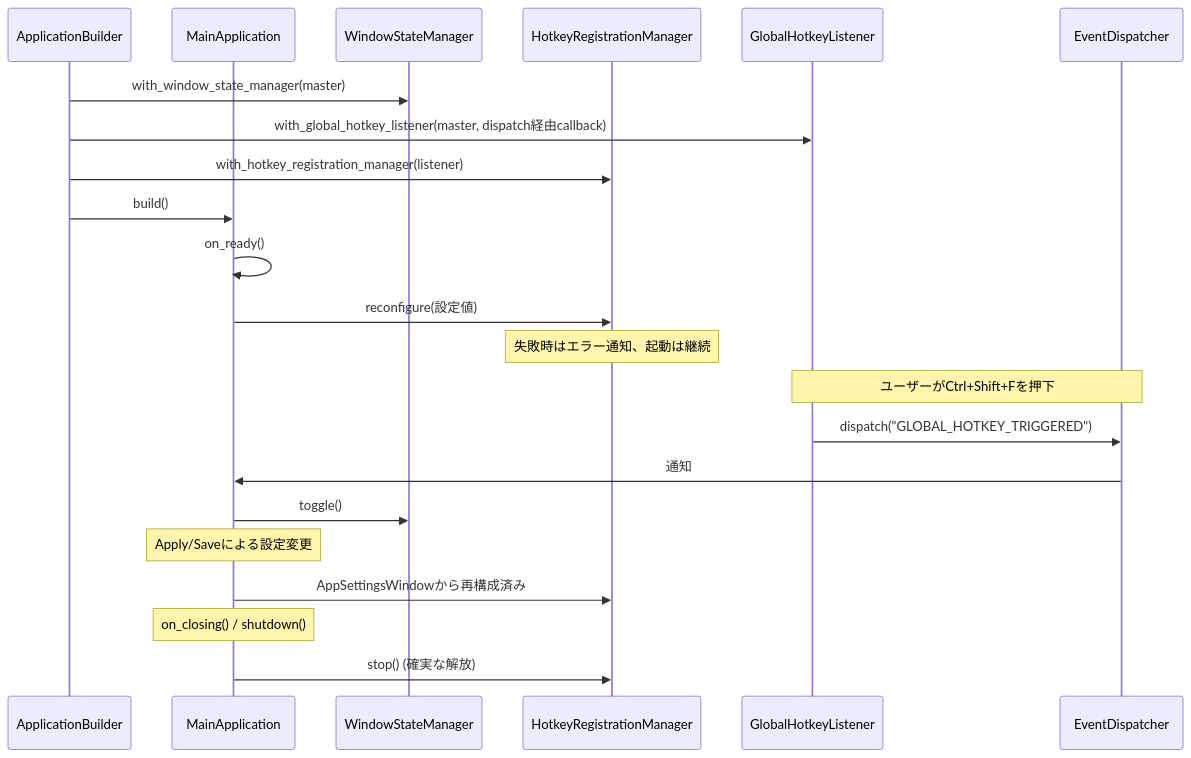
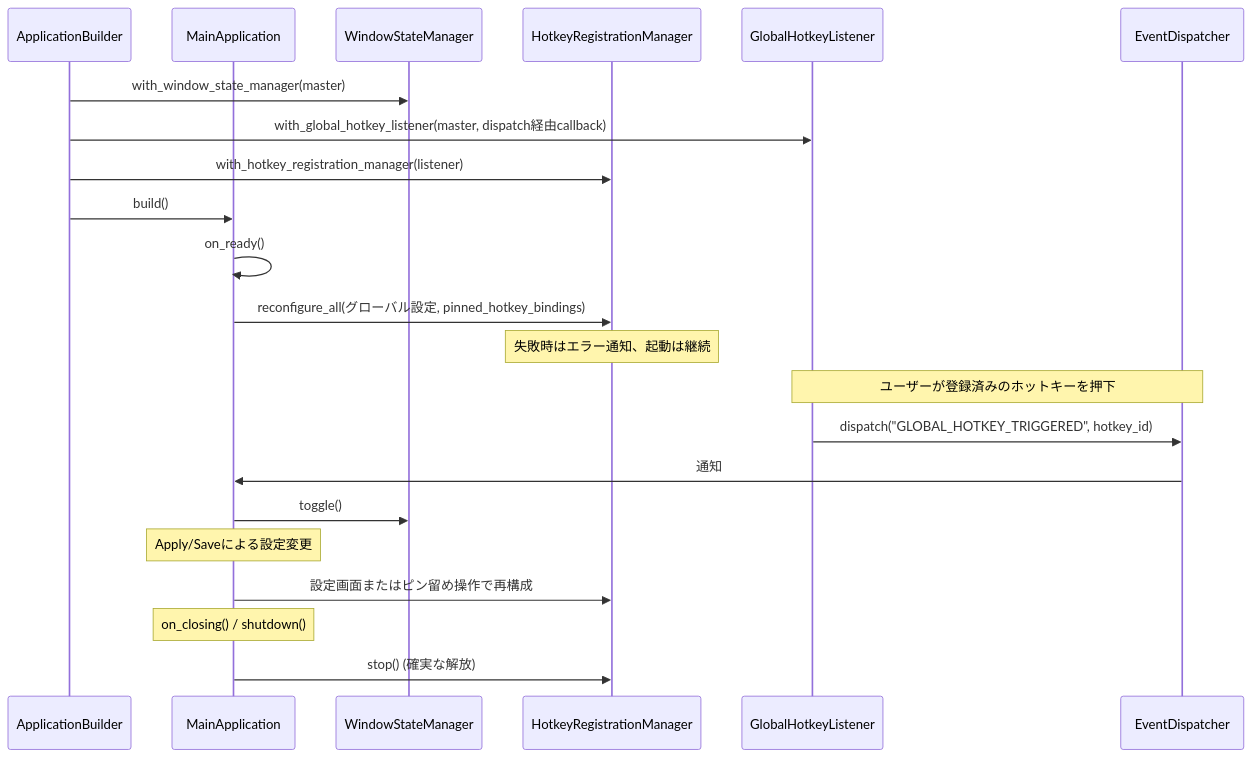
The fourth of 4 diagrams in docs/MODIFICATION_SPEC_HOTKEY_AND_SETTINGS_SCHEMA.md (xzyozi/Clip_Watcher), drawn with Mermaid before and after one commit. The commit also changed other lines of this file and 1 other file, not shown here.

````diff
--- a/docs/MODIFICATION_SPEC_HOTKEY_AND_SETTINGS_SCHEMA.md
+++ b/docs/MODIFICATION_SPEC_HOTKEY_AND_SETTINGS_SCHEMA.md
@@ -633,28 +515,28 @@
 ```mermaid
 sequenceDiagram
     participant Builder as ApplicationBuilder
     participant App as MainApplication
     participant WSM as WindowStateManager
     participant HRM as HotkeyRegistrationManager
     participant HK as GlobalHotkeyListener
     participant ED as EventDispatcher
 
     Builder->>WSM: with_window_state_manager(master)
     Builder->>HK: with_global_hotkey_listener(master, dispatch経由callback)
     Builder->>HRM: with_hotkey_registration_manager(listener)
     Builder->>App: build()
     App->>App: on_ready()
-    App->>HRM: reconfigure(設定値)
+    App->>HRM: reconfigure_all(グローバル設定, pinned_hotkey_bindings)
     Note over HRM: 失敗時はエラー通知、起動は継続
 
-    Note over HK,ED: ユーザーがCtrl+Shift+Fを押下
-    HK->>ED: dispatch("GLOBAL_HOTKEY_TRIGGERED")
+    Note over HK,ED: ユーザーが登録済みのホットキーを押下
+    HK->>ED: dispatch("GLOBAL_HOTKEY_TRIGGERED", hotkey_id)
     ED->>App: 通知
     App->>WSM: toggle()
 
     Note over App: Apply/Saveによる設定変更
-    App->>HRM: AppSettingsWindowから再構成済み
+    App->>HRM: 設定画面またはピン留め操作で再構成
 
     Note over App: on_closing() / shutdown()
     App->>HRM: stop() (確実な解放)
 ```
````
